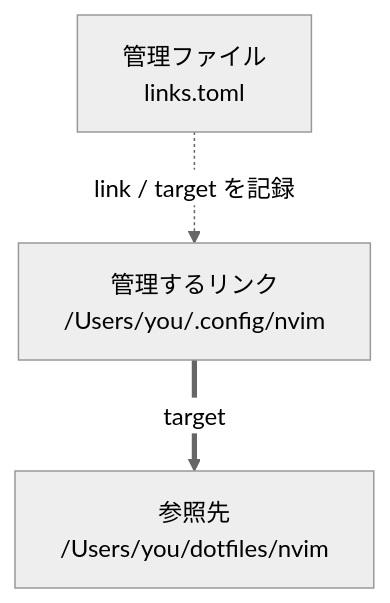
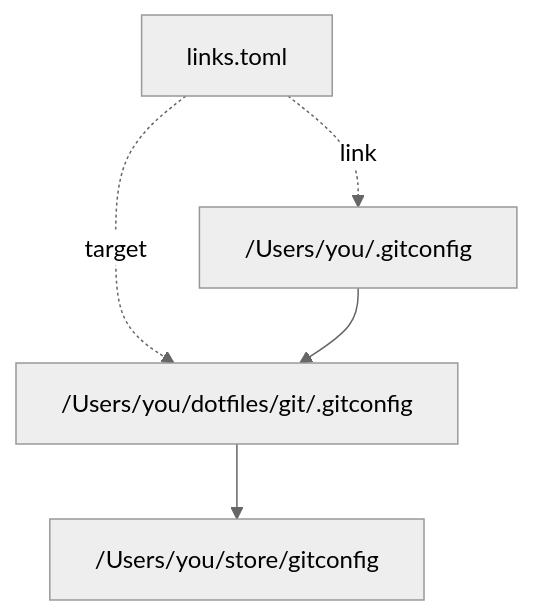
The diagram in README.ja.md (kkensuke/slink), drawn with Mermaid (neutral theme) before and after one commit. The commit also changed other lines of this file and 9 other files, not shown here.

````diff
--- a/README.ja.md
+++ b/README.ja.md
@@ -31,9 +115,11 @@
 ```mermaid
-flowchart TB
-    R["管理ファイル<br/>links.toml"]
-    L["管理するリンク<br/>/Users/you/.config/nvim"]
-    T["参照先<br/>/Users/you/dotfiles/nvim"]
-
-    R -. "link / target を記録" .-> L
-    L == "target" ==> T
+flowchart TD
+    R["links.toml"]
+    L["/Users/you/.gitconfig"]
+    T["/Users/you/dotfiles/git/.gitconfig"]
+    F["/Users/you/store/gitconfig"]
+    R -. "link" .-> L
+    R -. "target" .-> T
+    L --> T
+    T --> F
 ```
````
